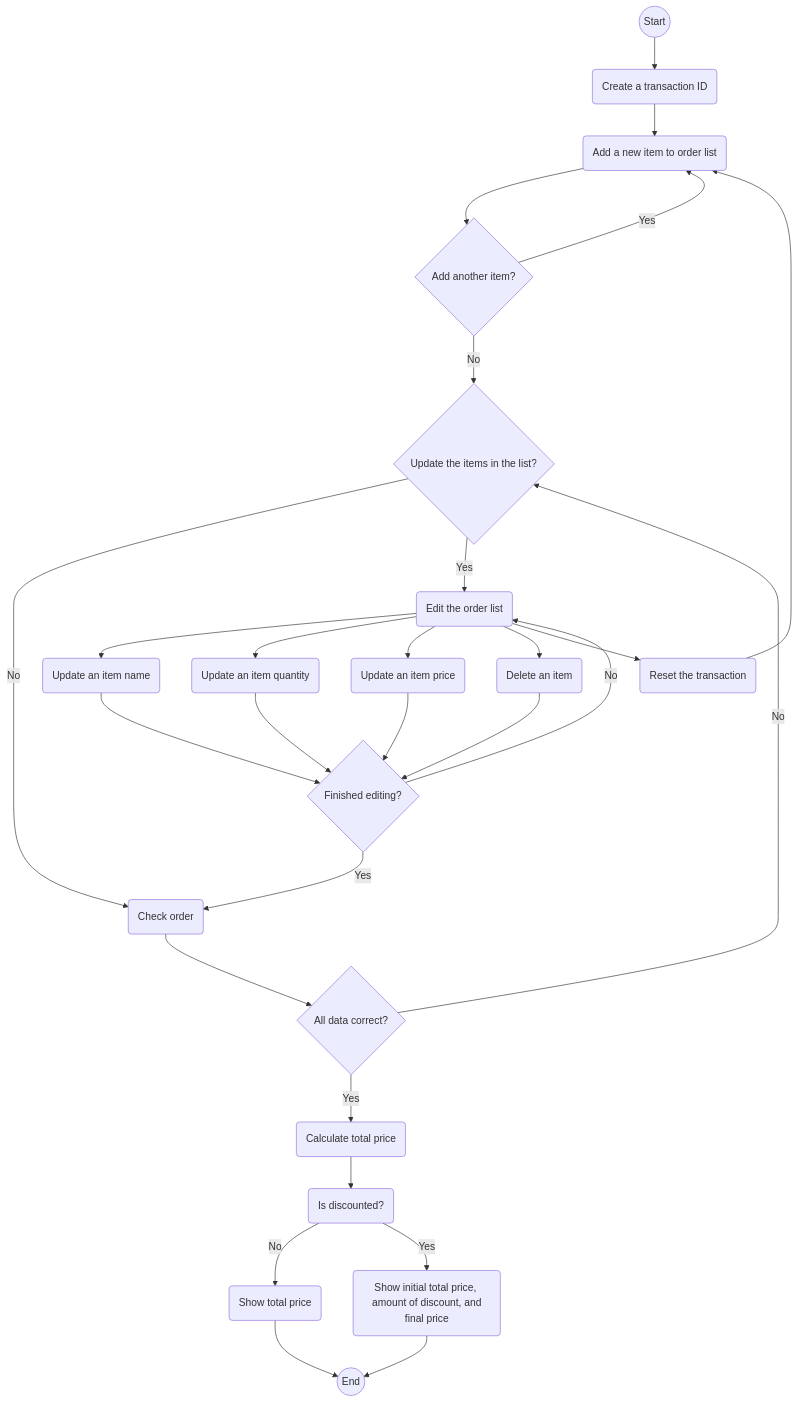
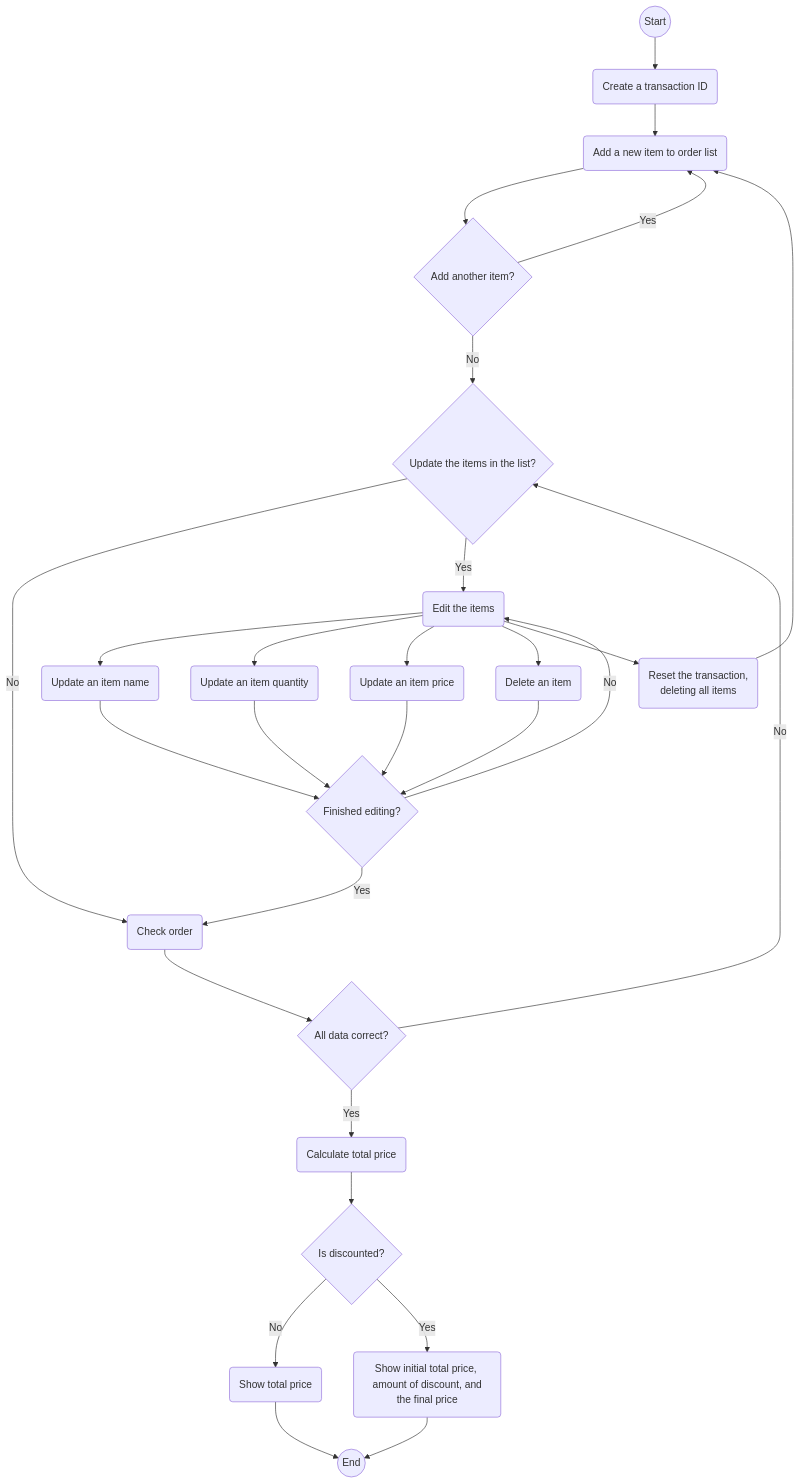
One commit to bagusfarisa/pacmann-project-python-super-cashier changed the diagram in README.md. Above: the diagram before and after it, drawn with Mermaid.

Commit message:
Updated the flowchart

````diff
--- a/README.md
+++ b/README.md
@@ -30,36 +30,36 @@
 ```mermaid
   graph TB
     A((Start)) --> B(Create a transaction ID) 
     B --> C(Add a new item to order list)
     C --> D{Add another item?}
     D -- Yes --> C
     D -- No --> E{Update the items in the list?}
     E -- No --> F(Check order)
     
-    E -- Yes --> G0(Edit the order list)
+    E -- Yes --> G0(Edit the items)
     G0 --> G1(Update an item name)
     G0 --> G2(Update an item quantity)
     G0 --> G3(Update an item price)
     G0 --> G4(Delete an item)
-    G0 --> G5(Reset the transaction)
+    G0 --> G5(Reset the transaction,<br/>deleting all items)
     G6{Finished editing?}
 
     G1 --> G6
     G2 --> G6
     G3 --> G6
     G4 --> G6
     G5 --> C
     G6 -- Yes --> F
     G6 -- No --> G0
 
     F --> H{All data correct?}
     H -- Yes --> I(Calculate total price)
     H -- No --> E
-    I --> J(Is discounted?)
+    I --> J{Is discounted?}
     J -- No --> K1(Show total price)
-    J -- Yes --> K2(Show initial total price, <br/> amount of discount, and final price)
+    J -- Yes --> K2(Show initial total price, <br/> amount of discount, and the final price)
     L((End))
     K1 --> L
     K2 --> L
 
 ```
````
